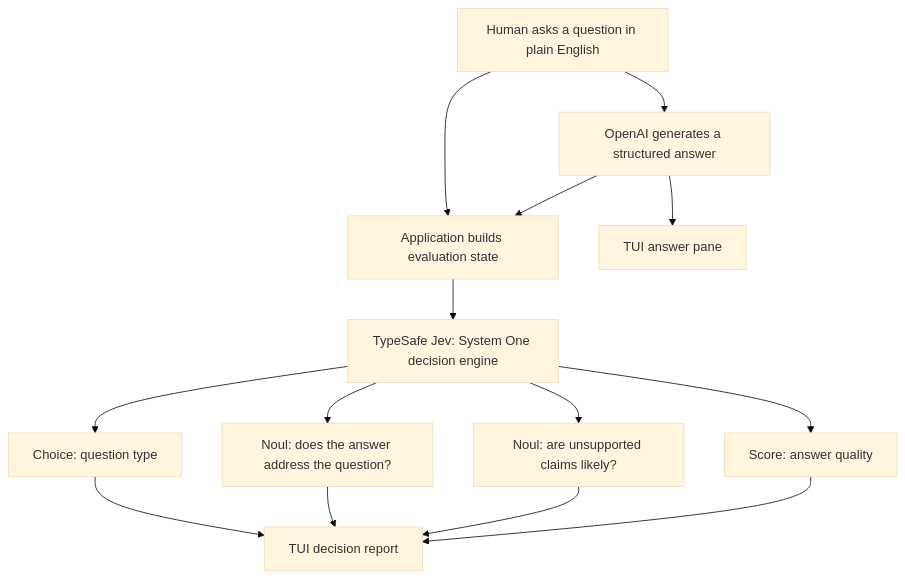
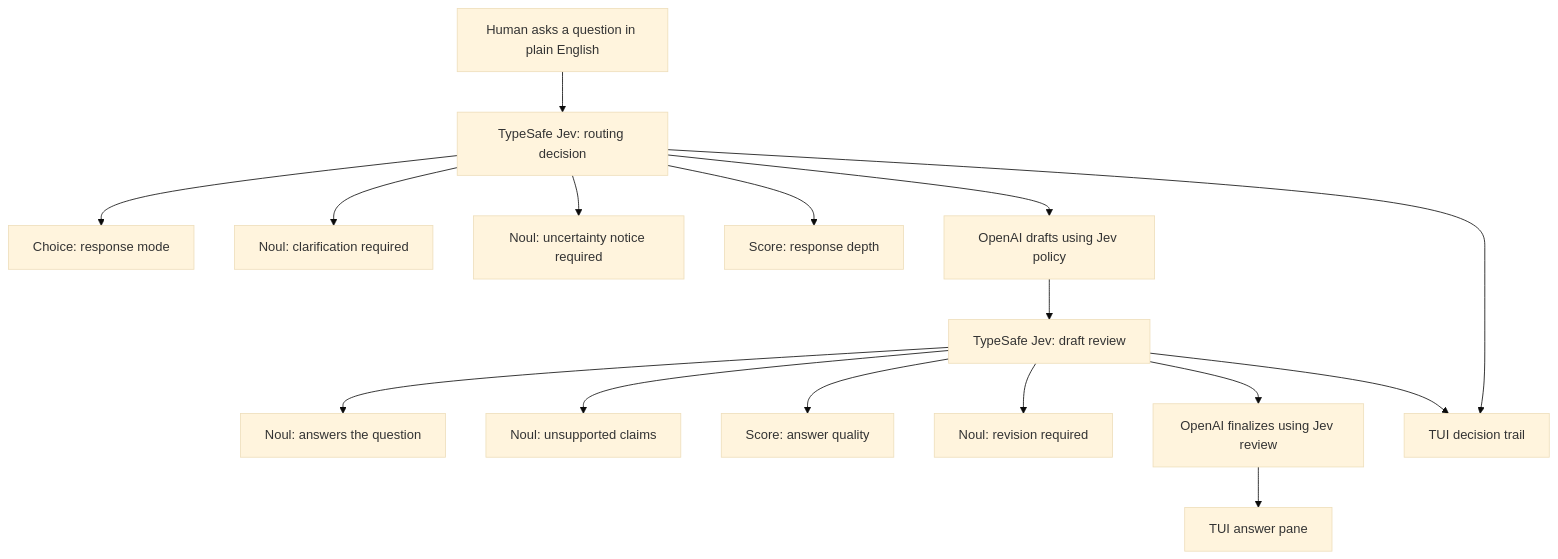
One commit to haseeb-heaven/jev-system-one changed the diagram in README.md. Above: the diagram before and after it, drawn with Mermaid (base theme). The commit also changed other lines of this file and 9 other files, not shown here.

Commit message:
feat: make Jev authoritative decision engine over OpenAI pipeline

````diff
--- a/README.md
+++ b/README.md
@@ -34,16 +38,18 @@
 ```mermaid
 flowchart TD
-    U[Human asks a question in plain English] --> O[OpenAI generates a structured answer]
-    U --> S[Application builds evaluation state]
-    O --> S
-    S --> J[TypeSafe Jev: System One decision engine]
-    J --> C[Choice: question type]
-    J --> N1[Noul: does the answer address the question?]
-    J --> N2[Noul: are unsupported claims likely?]
-    J --> Q[Score: answer quality]
-    O --> T[TUI answer pane]
-    C --> R[TUI decision report]
-    N1 --> R
-    N2 --> R
-    Q --> R
+    U[Human asks a question in plain English] --> J1[TypeSafe Jev: routing decision]
+    J1 --> D1[Choice: response mode]
+    J1 --> D2[Noul: clarification required]
+    J1 --> D3[Noul: uncertainty notice required]
+    J1 --> D4[Score: response depth]
+    J1 --> O1[OpenAI drafts using Jev policy]
+    O1 --> J2[TypeSafe Jev: draft review]
+    J2 --> R1[Noul: answers the question]
+    J2 --> R2[Noul: unsupported claims]
+    J2 --> R3[Score: answer quality]
+    J2 --> R4[Noul: revision required]
+    J2 --> O2[OpenAI finalizes using Jev review]
+    O2 --> T[TUI answer pane]
+    J1 --> Report[TUI decision trail]
+    J2 --> Report
 ```
````
